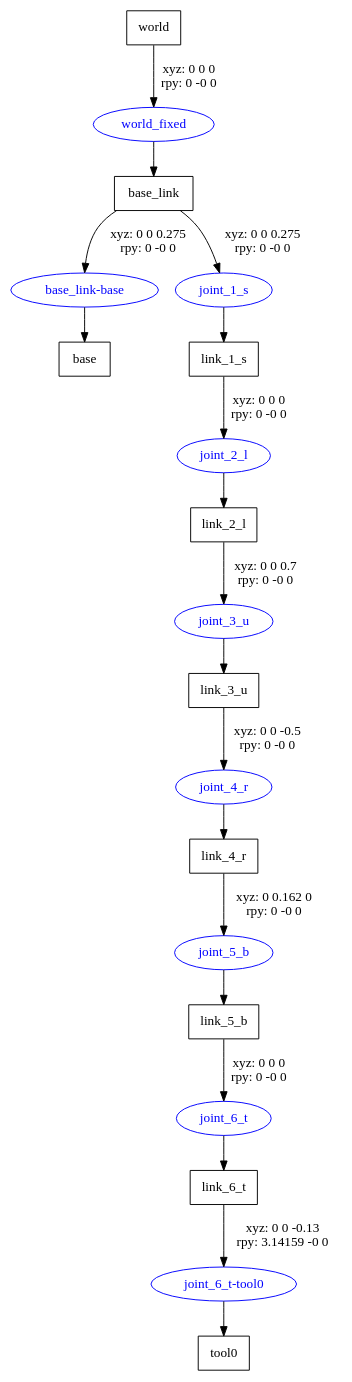
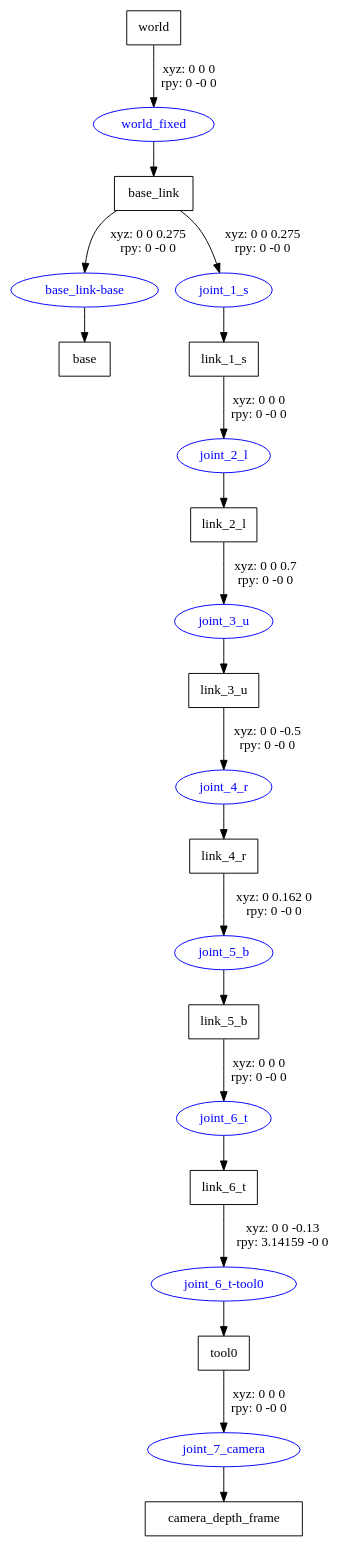
One commit to AlphaTrash/projet_inte_robotique changed the diagram in catkin_ws/motoman_hc10.gv. Above: the diagram before and after it, drawn with Graphviz. The commit also changed 3818 other files, not shown here.

```diff
--- a/catkin_ws/motoman_hc10.gv
+++ b/catkin_ws/motoman_hc10.gv
@@ -1,32 +1,35 @@
 digraph G {
 node [shape=box];
 "world" [label="world"];
 "base_link" [label="base_link"];
 "base" [label="base"];
 "link_1_s" [label="link_1_s"];
 "link_2_l" [label="link_2_l"];
 "link_3_u" [label="link_3_u"];
 "link_4_r" [label="link_4_r"];
 "link_5_b" [label="link_5_b"];
 "link_6_t" [label="link_6_t"];
 "tool0" [label="tool0"];
+"camera_depth_frame" [label="camera_depth_frame"];
 node [shape=ellipse, color=blue, fontcolor=blue];
 "world" -> "world_fixed" [label="xyz: 0 0 0 \nrpy: 0 -0 0"]
 "world_fixed" -> "base_link"
 "base_link" -> "base_link-base" [label="xyz: 0 0 0.275 \nrpy: 0 -0 0"]
 "base_link-base" -> "base"
 "base_link" -> "joint_1_s" [label="xyz: 0 0 0.275 \nrpy: 0 -0 0"]
 "joint_1_s" -> "link_1_s"
 "link_1_s" -> "joint_2_l" [label="xyz: 0 0 0 \nrpy: 0 -0 0"]
 "joint_2_l" -> "link_2_l"
 "link_2_l" -> "joint_3_u" [label="xyz: 0 0 0.7 \nrpy: 0 -0 0"]
 "joint_3_u" -> "link_3_u"
 "link_3_u" -> "joint_4_r" [label="xyz: 0 0 -0.5 \nrpy: 0 -0 0"]
 "joint_4_r" -> "link_4_r"
 "link_4_r" -> "joint_5_b" [label="xyz: 0 0.162 0 \nrpy: 0 -0 0"]
 "joint_5_b" -> "link_5_b"
 "link_5_b" -> "joint_6_t" [label="xyz: 0 0 0 \nrpy: 0 -0 0"]
 "joint_6_t" -> "link_6_t"
 "link_6_t" -> "joint_6_t-tool0" [label="xyz: 0 0 -0.13 \nrpy: 3.14159 -0 0"]
 "joint_6_t-tool0" -> "tool0"
+"tool0" -> "joint_7_camera" [label="xyz: 0 0 0 \nrpy: 0 -0 0"]
+"joint_7_camera" -> "camera_depth_frame"
 }
```
